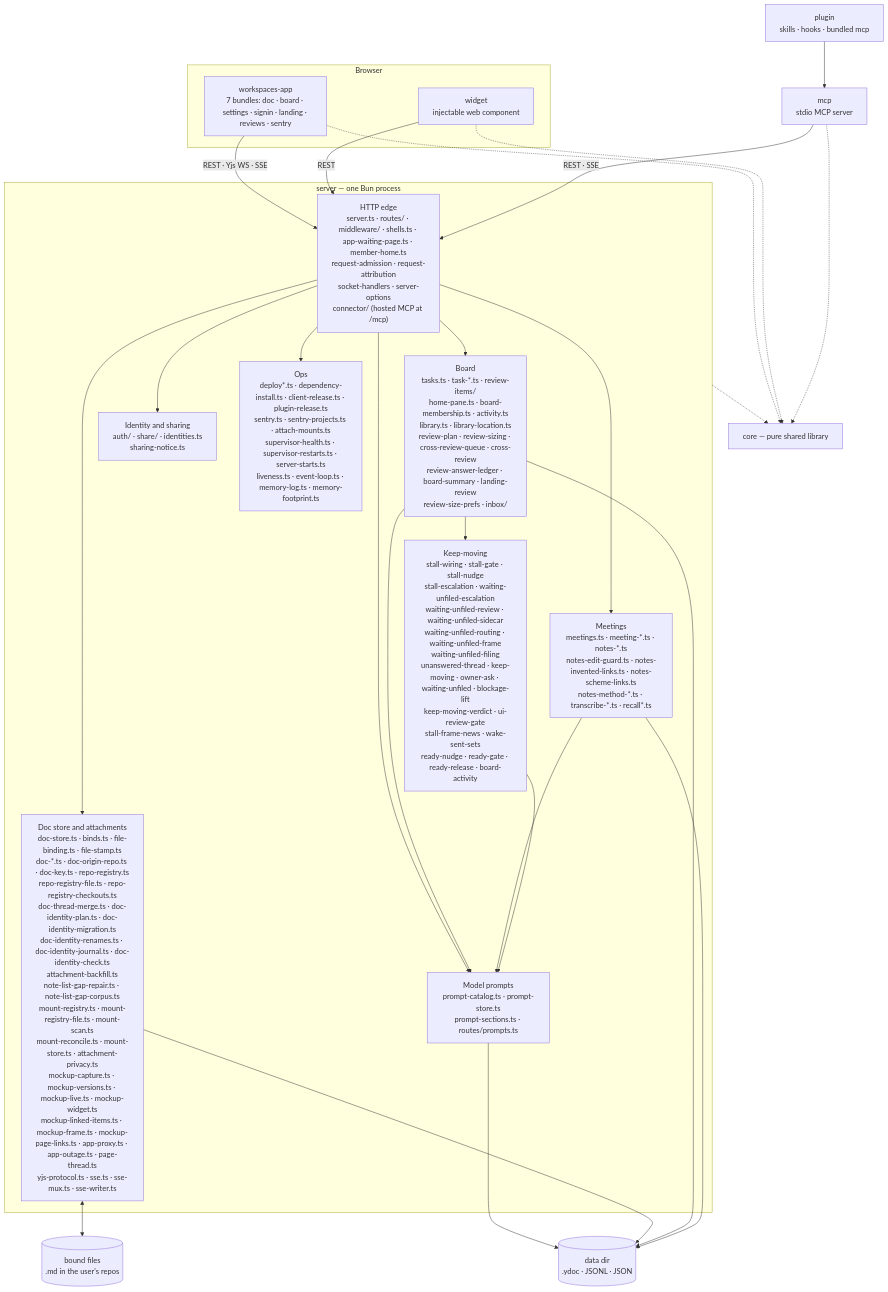
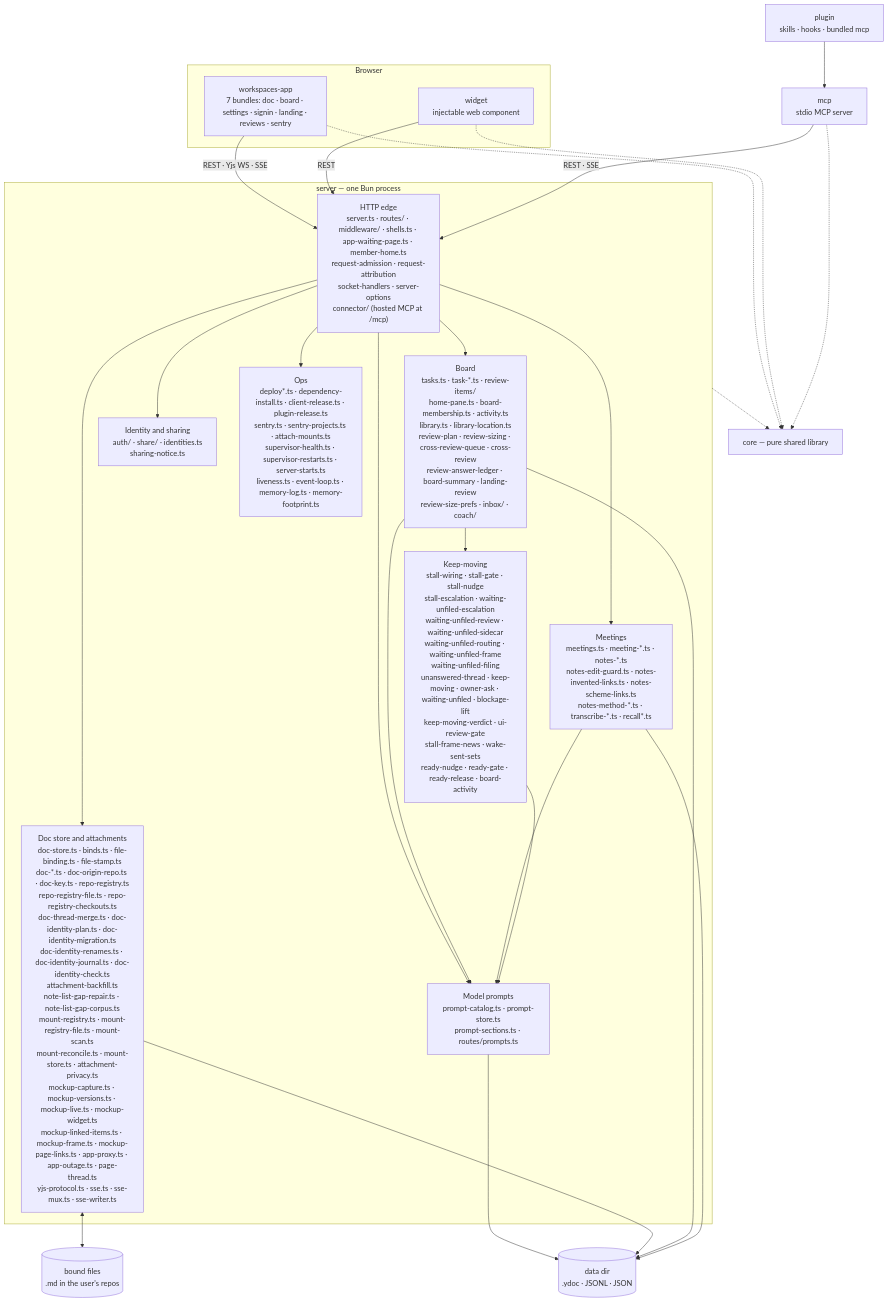
Before and after one commit to fryanpan/claude-workspace-plugin: the first of 2 diagrams in docs/architecture/overview.md, drawn with Mermaid. The commit also changed other lines of this file and 53 other files, not shown here.

````diff
--- a/docs/architecture/overview.md
+++ b/docs/architecture/overview.md
@@ -45,35 +45,35 @@
 ```mermaid
 flowchart TB
   subgraph browser[Browser]
     app["workspaces-app<br/>7 bundles: doc · board · settings · signin · landing · reviews · sentry"]
     wid["widget<br/>injectable web component"]
   end
   plug["plugin<br/>skills · hooks · bundled mcp"]
   mcp["mcp<br/>stdio MCP server"]
   subgraph srv["server — one Bun process"]
     edge["HTTP edge<br/>server.ts · routes/ · middleware/ · shells.ts · app-waiting-page.ts · member-home.ts<br/>request-admission · request-attribution<br/>socket-handlers · server-options<br/>connector/ (hosted MCP at /mcp)"]
     docs["Doc store and attachments<br/>doc-store.ts · binds.ts · file-binding.ts · file-stamp.ts<br/>doc-*.ts · doc-origin-repo.ts · doc-key.ts · repo-registry.ts<br/>repo-registry-file.ts · repo-registry-checkouts.ts<br/>doc-thread-merge.ts · doc-identity-plan.ts · doc-identity-migration.ts<br/>doc-identity-renames.ts · doc-identity-journal.ts · doc-identity-check.ts<br/>attachment-backfill.ts<br/>note-list-gap-repair.ts · note-list-gap-corpus.ts<br/>mount-registry.ts · mount-registry-file.ts · mount-scan.ts<br/>mount-reconcile.ts · mount-store.ts · attachment-privacy.ts<br/>mockup-capture.ts · mockup-versions.ts · mockup-live.ts · mockup-widget.ts<br/>mockup-linked-items.ts · mockup-frame.ts · mockup-page-links.ts · app-proxy.ts · app-outage.ts · page-thread.ts<br/>yjs-protocol.ts · sse.ts · sse-mux.ts · sse-writer.ts"]
-    board["Board<br/>tasks.ts · task-*.ts · review-items/<br/>home-pane.ts · board-membership.ts · activity.ts<br/>library.ts · library-location.ts<br/>review-plan · review-sizing · cross-review-queue · cross-review<br/>review-answer-ledger · board-summary · landing-review<br/>review-size-prefs · inbox/"]
+    board["Board<br/>tasks.ts · task-*.ts · review-items/<br/>home-pane.ts · board-membership.ts · activity.ts<br/>library.ts · library-location.ts<br/>review-plan · review-sizing · cross-review-queue · cross-review<br/>review-answer-ledger · board-summary · landing-review<br/>review-size-prefs · inbox/ · coach/"]
     meet["Meetings<br/>meetings.ts · meeting-*.ts · notes-*.ts<br/>notes-edit-guard.ts · notes-invented-links.ts · notes-scheme-links.ts<br/>notes-method-*.ts · transcribe-*.ts · recall*.ts"]
     keep["Keep-moving<br/>stall-wiring · stall-gate · stall-nudge<br/>stall-escalation · waiting-unfiled-escalation<br/>waiting-unfiled-review · waiting-unfiled-sidecar<br/>waiting-unfiled-routing · waiting-unfiled-frame<br/>waiting-unfiled-filing<br/>unanswered-thread · keep-moving · owner-ask · waiting-unfiled · blockage-lift<br/>keep-moving-verdict · ui-review-gate<br/>stall-frame-news · wake-sent-sets<br/>ready-nudge · ready-gate · ready-release · board-activity"]
     ident["Identity and sharing<br/>auth/ · share/ · identities.ts<br/>sharing-notice.ts"]
     prompts["Model prompts<br/>prompt-catalog.ts · prompt-store.ts<br/>prompt-sections.ts · routes/prompts.ts"]
     ops["Ops<br/>deploy*.ts · dependency-install.ts · client-release.ts · plugin-release.ts<br/>sentry.ts · sentry-projects.ts · attach-mounts.ts<br/>supervisor-health.ts · supervisor-restarts.ts · server-starts.ts<br/>liveness.ts · event-loop.ts · memory-log.ts · memory-footprint.ts"]
   end
   core["core — pure shared library"]
   disk[("data dir<br/>.ydoc · JSONL · JSON")]
   files[("bound files<br/>.md in the user's repos")]
 
   app -->|"REST · Yjs WS · SSE"| edge
   wid -->|REST| edge
   plug --> mcp
   mcp -->|"REST · SSE"| edge
   edge --> docs & board & meet & ident & ops & prompts
   board & meet & keep --> prompts
   prompts --> disk
   board --> keep
   docs <--> files
   docs & board & meet --> disk
   app & wid & mcp -.-> core
   srv -.-> core
 ```
````
